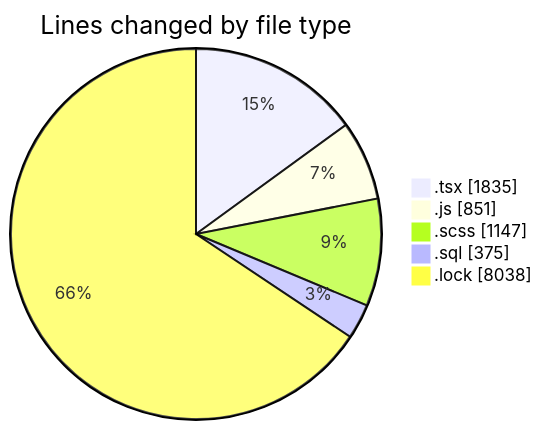
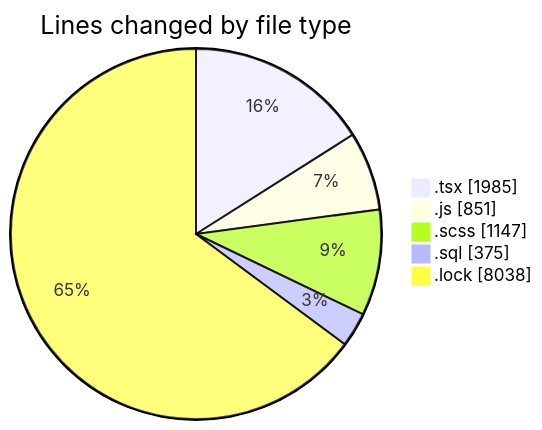
One commit to momahboobian/code-tracking changed the first of 2 diagrams in 2025-03-18/cda/README.md. Above: the diagram before and after it, drawn with Mermaid. The commit also changed other lines of this file and 1 other file, not shown here.

````diff
--- a/2025-03-18/cda/README.md
+++ b/2025-03-18/cda/README.md
@@ -34,9 +34,9 @@
 ```mermaid
 pie showData
 title Lines changed by file type
-".tsx" : 1835
+".tsx" : 1985
 ".js" : 851
 ".scss" : 1147
 ".sql" : 375
 ".lock" : 8038
 ```
````
